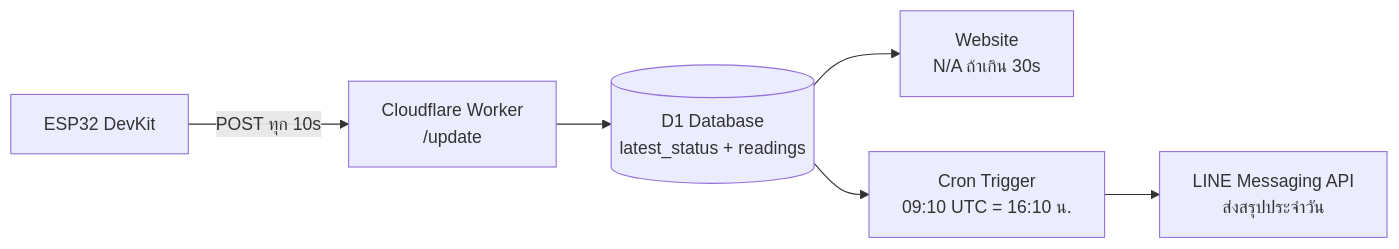
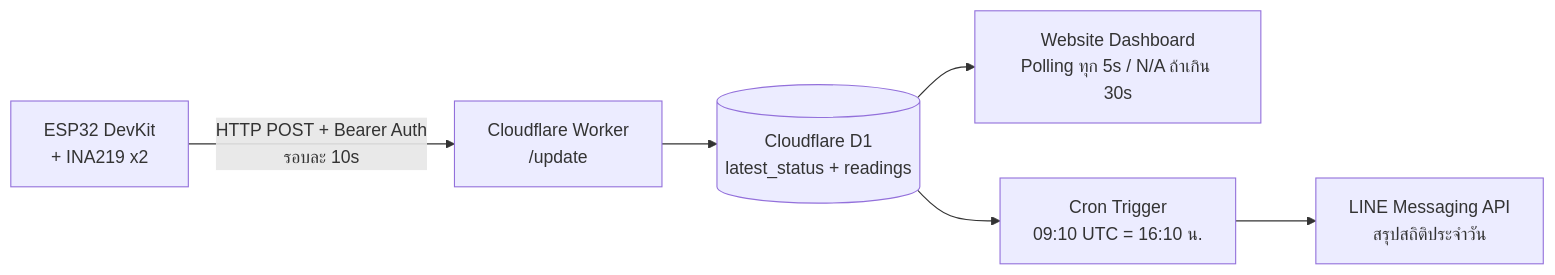
One commit to dentenplay5555/Electrical-Status-Notification-System changed the diagram in README.md. Above: the diagram before and after it, drawn with Mermaid. The commit also changed other lines of this file and 4 other files, not shown here.

````diff
--- a/README.md
+++ b/README.md
@@ -37,8 +42,8 @@
 ```mermaid
 flowchart LR
-    A[ESP32 DevKit] -->|POST ทุก 10s| B[Cloudflare Worker<br/>/update]
-    B --> C[(D1 Database<br/>latest_status + readings)]
-    C --> D[Website<br/>N/A ถ้าเกิน 30s]
+    A[ESP32 DevKit<br/>+ INA219 x2] -->|HTTP POST + Bearer Auth<br/>รอบละ 10s| B[Cloudflare Worker<br/>/update]
+    B --> C[(Cloudflare D1<br/>latest_status + readings)]
+    C --> D[Website Dashboard<br/>Polling ทุก 5s / N/A ถ้าเกิน 30s]
     C --> E[Cron Trigger<br/>09:10 UTC = 16:10 น.]
-    E --> F[LINE Messaging API<br/>ส่งสรุปประจำวัน]
+    E --> F[LINE Messaging API<br/>สรุปสถิติประจำวัน]
 ```
````
